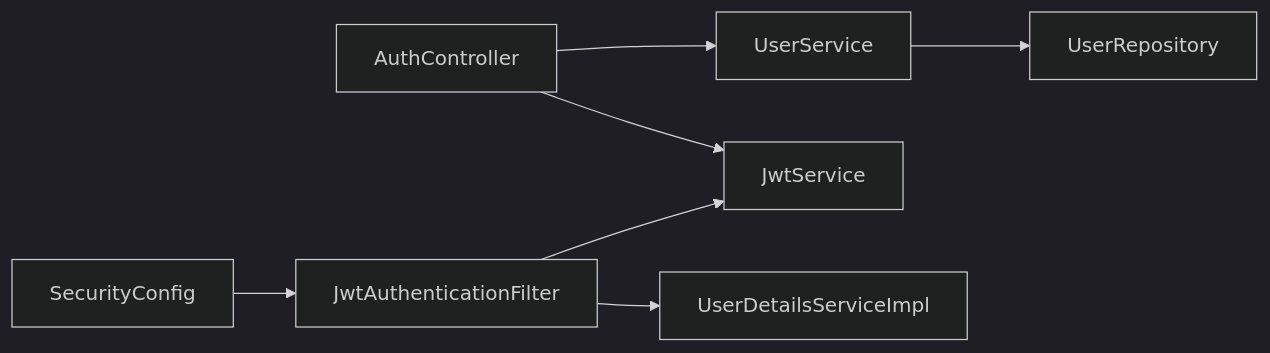
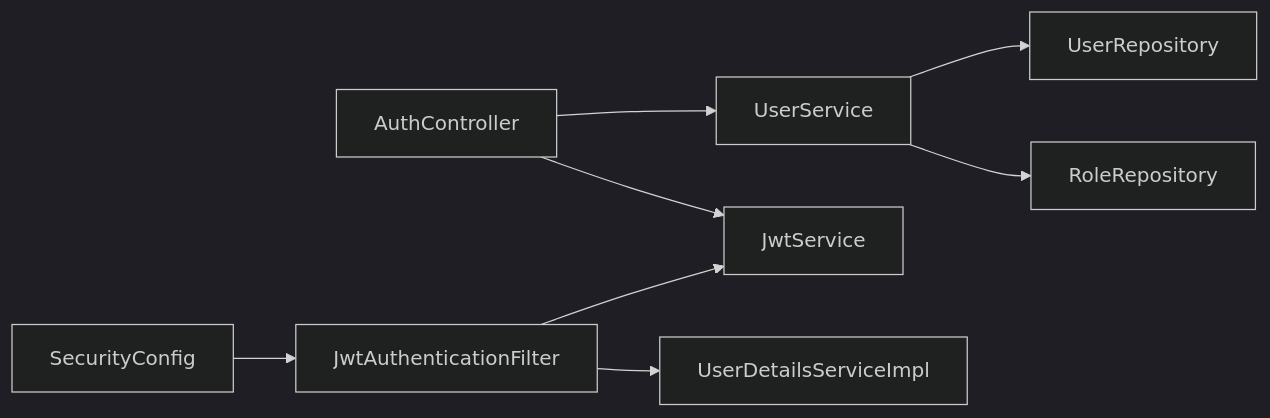
Before and after one commit to Vostrikov2014/vks-qoder: the sixth of 6 diagrams in .qoder/repowiki/en/content/Backend Modules/API Layer/Authentication Controller.md, drawn with Mermaid (dark theme). The commit also changed other lines of this file and 11 other files, not shown here.

````diff
--- a/.qoder/repowiki/en/content/Backend Modules/API Layer/Authentication Controller.md
+++ b/.qoder/repowiki/en/content/Backend Modules/API Layer/Authentication Controller.md
@@ -300,9 +361,10 @@
 ```mermaid
 graph LR
 AC["AuthController"] --> US["UserService"]
 AC --> JS["JwtService"]
 US --> UR["UserRepository"]
+US --> RL["RoleRepository"]
 SC["SecurityConfig"] --> JAF["JwtAuthenticationFilter"]
 JAF --> JS
 JAF --> UDS["UserDetailsServiceImpl"]
 ```
````
